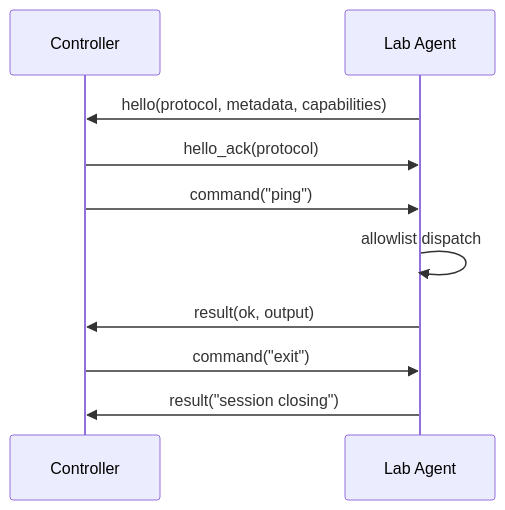
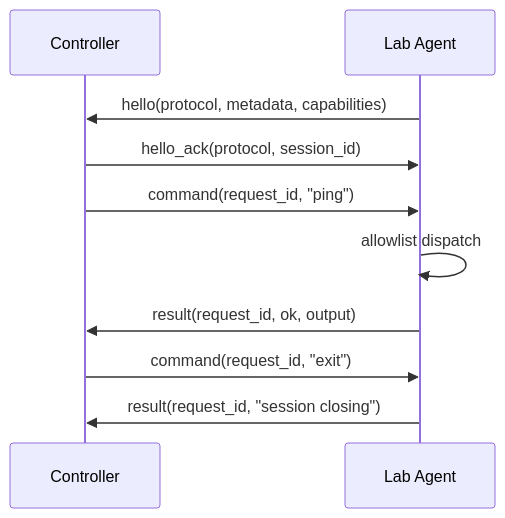
Before and after one commit to Michel-DV/Python-RedTeam-C2-Framework: the diagram in README.md, drawn with Mermaid. The commit also changed other lines of this file and 13 other files, not shown here.

````diff
--- a/README.md
+++ b/README.md
@@ -42,13 +43,13 @@
 ```mermaid
 sequenceDiagram
     participant C as Controller
     participant A as Lab Agent
 
     A->>C: hello(protocol, metadata, capabilities)
-    C->>A: hello_ack(protocol)
-    C->>A: command("ping")
+    C->>A: hello_ack(protocol, session_id)
+    C->>A: command(request_id, "ping")
     A->>A: allowlist dispatch
-    A->>C: result(ok, output)
-    C->>A: command("exit")
-    A->>C: result("session closing")
+    A->>C: result(request_id, ok, output)
+    C->>A: command(request_id, "exit")
+    A->>C: result(request_id, "session closing")
 ```
````
